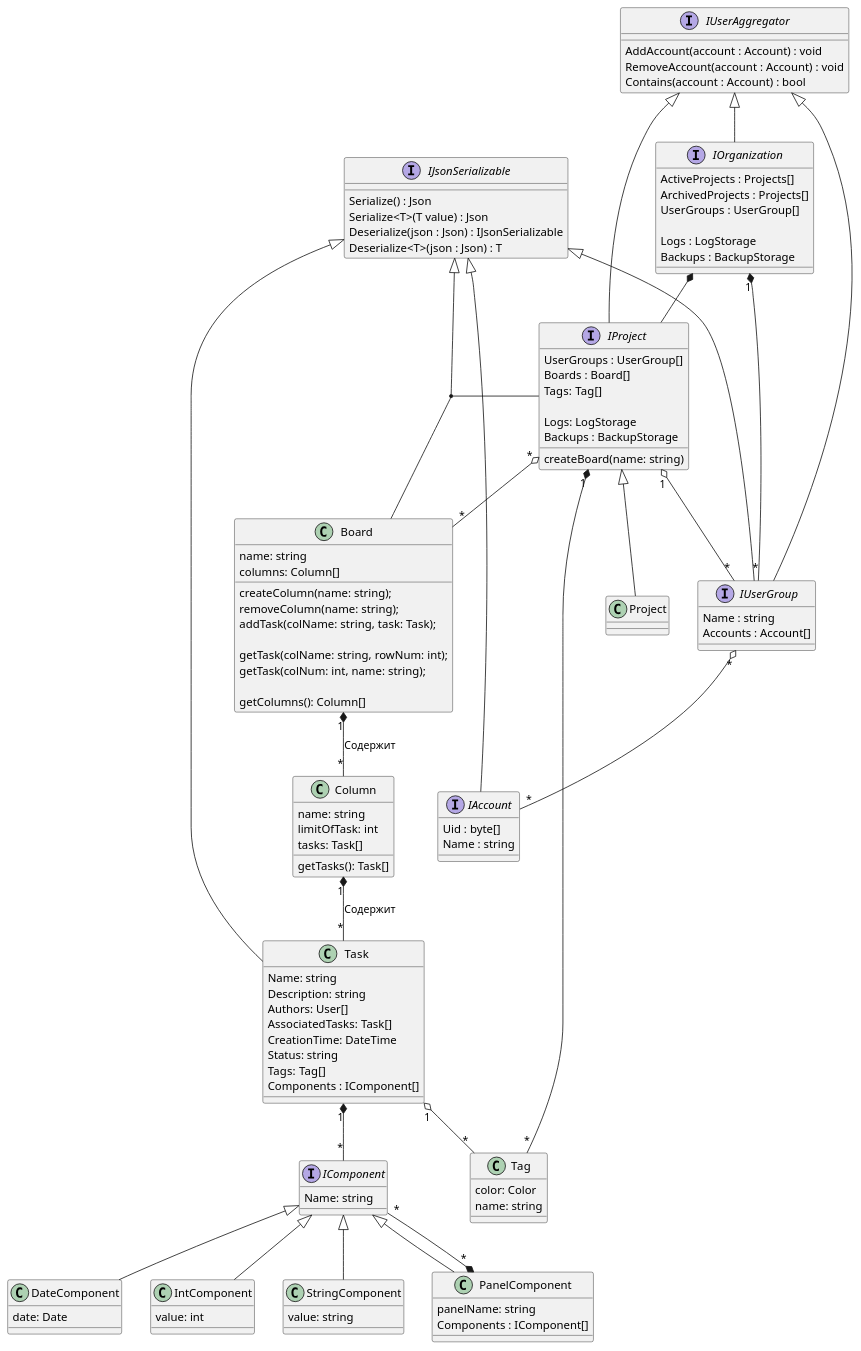
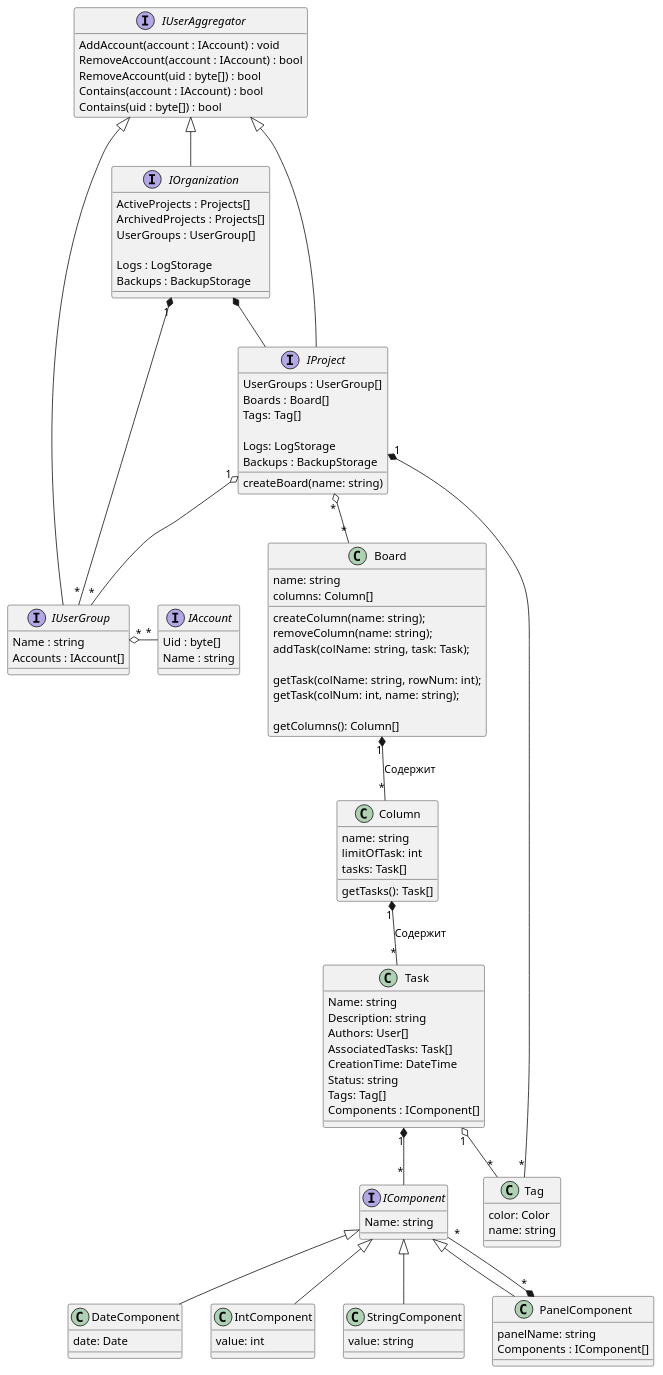
The diagram in doc/diagrams/class/organization full class.puml (HandsAndKeyboards/TFlic), drawn with PlantUML before and after one commit.

Commit message:
за ненадобностью удалил интерфейс IJsonSerializable, поправил пару моментов и почистил код

````diff
--- a/doc/diagrams/class/organization full class.puml
+++ b/doc/diagrams/class/organization full class.puml
@@ -1,169 +1,156 @@
 @startumlProject
 
-
-interface IJsonSerializable {
-    Serialize() : Json
-    Serialize<T>(T value) : Json
-    Deserialize(json : Json) : IJsonSerializable
-    Deserialize<T>(json : Json) : T
+interface IUserAggregator {
+    AddAccount(account : IAccount) : void
+    RemoveAccount(account : IAccount) : bool
+    RemoveAccount(uid : byte[]) : bool
+    Contains(account : IAccount) : bool
+    Contains(uid : byte[]) : bool
 }
-
-interface IUserAggregator {
-    AddAccount(account : Account) : void
-    RemoveAccount(account : Account) : void
-    Contains(account : Account) : bool
-}
+hide IUserAggregator fields
 
 '''''''''''''''''''''''''''''''''''''''''''''''''''''''''''''''''''''''' ACCOUNTS
 
 interface IUserGroup {
     Name : string
-    Accounts : Account[]
+    Accounts : IAccount[]
 }
-IJsonSerializable <|-- IUserGroup
 IUserAggregator <|-- IUserGroup
 IOrganization "1" *-- "*" IUserGroup
 IProject "1" o-- "*" IUserGroup
 
 interface IAccount {
     Uid : byte[]    
     Name : string
 }
-IJsonSerializable <|-- IAccount
-IUserGroup "*" o-- "*" IAccount
+IUserGroup "*" o- "*" IAccount
 
 '''''''''''''''''''''''''''''''''''''''''''''''''''''''''''''''''''''''' ORGANIZATION
 
 interface IOrganization {
     ActiveProjects : Projects[]
     ArchivedProjects : Projects[]
     UserGroups : UserGroup[]
      
     Logs : LogStorage
     Backups : BackupStorage
 }
-'IJsonSerializable <|-- IOrganization
-'(IJsonSerializable, Board) - IOrganization
 IUserAggregator <|-- IOrganization
 
 '''''''''''''''''''''''''''''''''''''''''''''''''''''''''''''''''''''''' PROJECT
 
 interface IProject 
 {
     UserGroups : UserGroup[]
     Boards : Board[]
     Tags: Tag[]
 
     Logs: LogStorage
     Backups : BackupStorage
 
     createBoard(name: string)
 }
-'IJsonSerializable <|-- IProject 
 IUserAggregator <|-- IProject
 IOrganization *-- IProject
 
-class Project
-{
-
-}
-IProject <|-- Project
+'class Project
+'{
+'
+'}
+'IProject <|-- Project
 
 '''''''''''''''''''''''''''''''''''''''''''''''''''''''''''''''''''''''' BOARD
 
 class Board
 {
     name: string
     columns: Column[]
 
     createColumn(name: string);
     removeColumn(name: string);
     addTask(colName: string, task: Task);
 
     ''''''''''''''' ????
     getTask(colName: string, rowNum: int); 
     getTask(colNum: int, name: string);
     '''''''''''''''
 
     getColumns(): Column[]
 }
 IProject "*" o-- "*" Board
-IJsonSerializable <|-- Board
-(IJsonSerializable, Board) - IProject
 
 '''''''''''''''''''''''''''''
 
 class Column
 {
     name: string
     limitOfTask: int
     tasks: Task[]
 
     getTasks(): Task[]
 }
 
 '''''''''''''''''''''''''''''
 
 class Task
 {
     Name: string
     Description: string
     Authors: User[]
     AssociatedTasks: Task[]
     CreationTime: DateTime
     Status: string
     Tags: Tag[]
     Components : IComponent[]
 }
 
 Task "1" *-- "*" IComponent
-IJsonSerializable <|-- Task
 
 '''''''''''''''''''''''''''''
 
 interface IComponent
 {
     Name: string
 }
 
 class DateComponent
 {
     date: Date
 }
 
 class IntComponent
 {
     value: int
 }
 
 class StringComponent
 {
     value: string
 }
 
 class PanelComponent
 {
     panelName: string
     Components : IComponent[]
 }
 
 IComponent <|-- DateComponent
 IComponent <|-- IntComponent
 IComponent <|-- StringComponent
 IComponent <|-- PanelComponent
 PanelComponent "*" *-- "*" IComponent
 
 '''''''''''''''''''''''''''''```
 
 class Tag
 {
     color: Color
     name: string
 }
 IProject "1" *-- "*" Tag
 
 Board "1" *-- "*" Column : Содержит
 Column "1" *-- "*" Task : Содержит
 Task "1" o-- "*" Tag
 
 @enduml
````
